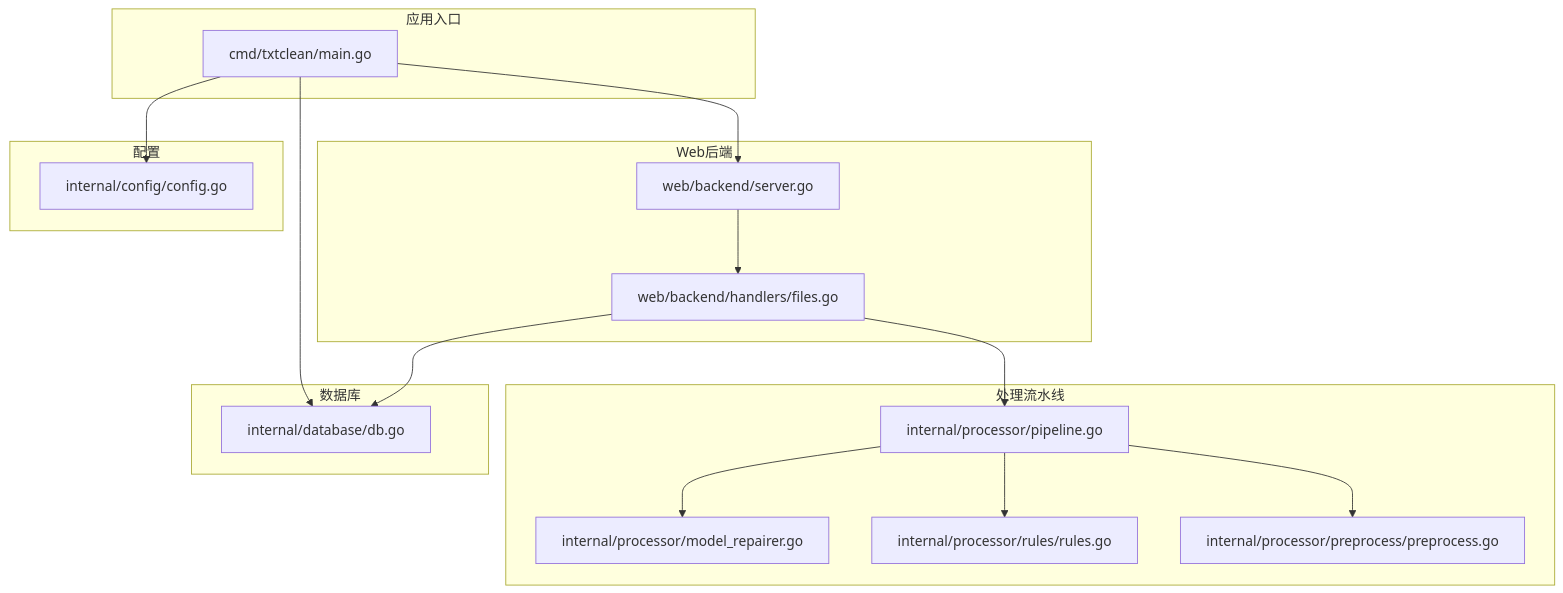
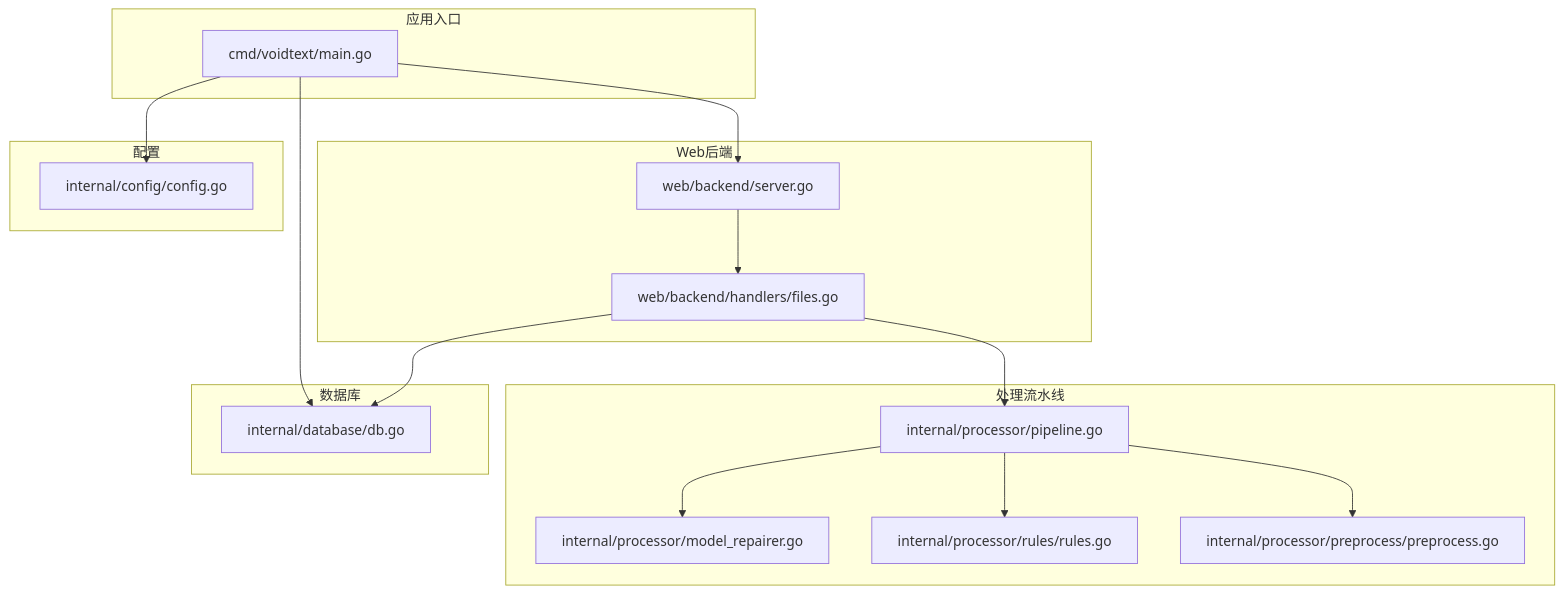
The first of 7 diagrams in repowikis/开发指南.md (handy-h/VoidText), drawn with Mermaid before and after one commit. The commit also changed other lines of this file and 101 other files, not shown here.

````diff
--- a/repowikis/开发指南.md
+++ b/repowikis/开发指南.md
@@ -50,31 +50,31 @@
 ```mermaid
 graph TB
 subgraph "应用入口"
-M["cmd/txtclean/main.go"]
+M["cmd/voidtext/main.go"]
 end
 subgraph "配置"
 C["internal/config/config.go"]
 end
 subgraph "数据库"
 D["internal/database/db.go"]
 end
 subgraph "Web后端"
 S["web/backend/server.go"]
 H["web/backend/handlers/files.go"]
 end
 subgraph "处理流水线"
 P["internal/processor/pipeline.go"]
 MR["internal/processor/model_repairer.go"]
 PP["internal/processor/preprocess/preprocess.go"]
 RL["internal/processor/rules/rules.go"]
 end
 M --> C
 M --> D
 M --> S
 S --> H
 H --> D
 H --> P
 P --> MR
 P --> RL
 P --> PP
 ```
````
